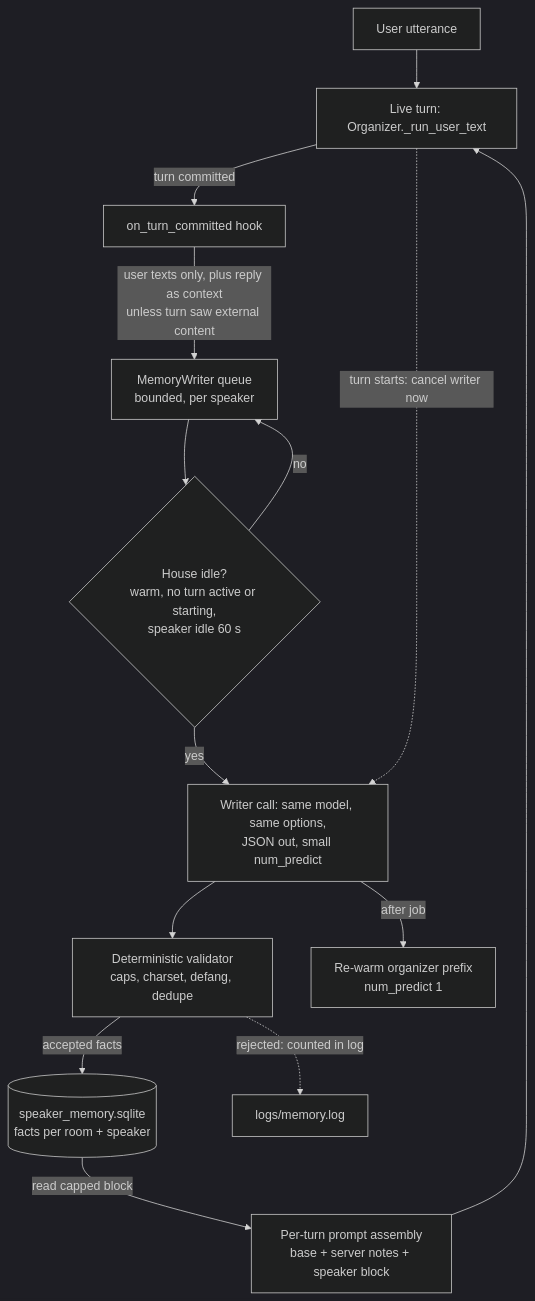
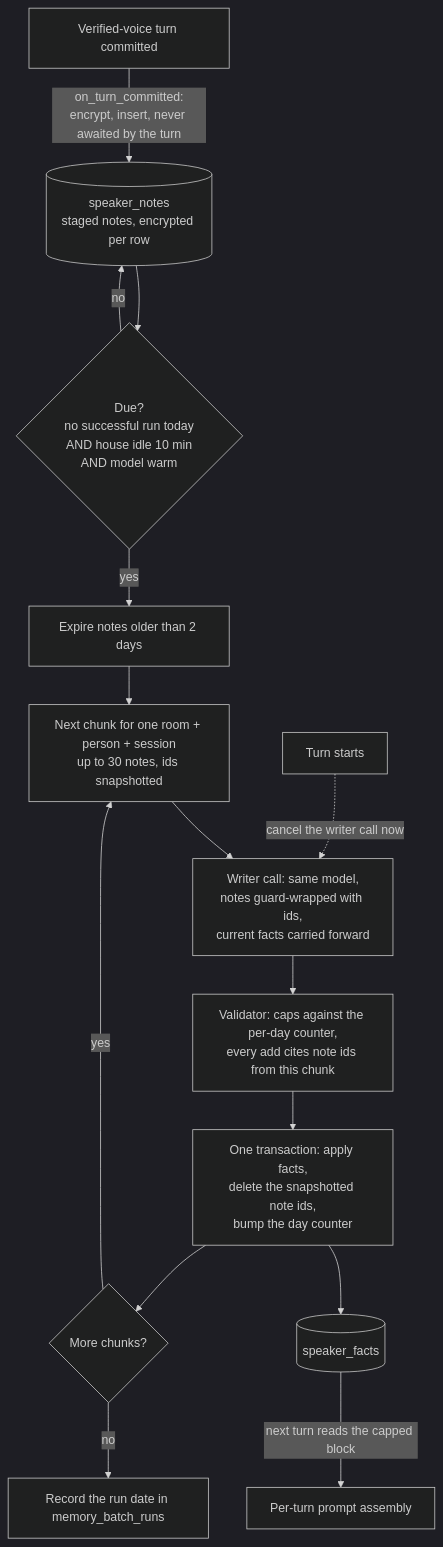
The diagram in DESIGN-speaker-memory.md (Qcko/Glados), drawn with Mermaid (dark theme) before and after one commit. The commit also changed other lines of this file, not shown here.

First line of the commit message:
docs(design): speaker memory moves to a nightly batch

````diff
--- a/DESIGN-speaker-memory.md
+++ b/DESIGN-speaker-memory.md
@@ -16,16 +27,17 @@
 ```mermaid
 flowchart TD
-    U[User utterance] --> T[Live turn: Organizer._run_user_text]
-    S[(speaker_memory.sqlite<br/>facts per room + speaker)] -->|read capped block| A[Per-turn prompt assembly<br/>base + server notes + speaker block]
-    A --> T
-    T -->|turn committed| H[on_turn_committed hook]
-    H -->|user texts only, plus reply as context<br/>unless turn saw external content| Q[MemoryWriter queue<br/>bounded, per speaker]
-    Q --> G{House idle?<br/>warm, no turn active or starting,<br/>speaker idle 60 s}
-    G -- no --> Q
-    G -- yes --> W[Writer call: same model, same options,<br/>JSON out, small num_predict]
-    T -.->|turn starts: cancel writer now| W
-    W --> V[Deterministic validator<br/>caps, charset, defang, dedupe]
-    V -->|accepted facts| S
-    V -.->|rejected: counted in log| L[logs/memory.log]
-    W -->|after job| R[Re-warm organizer prefix<br/>num_predict 1]
+    U[Verified-voice turn committed] -->|on_turn_committed:<br/>encrypt, insert, never awaited by the turn| N[(speaker_notes<br/>staged notes, encrypted per row)]
+    N --> D{Due?<br/>no successful run today<br/>AND house idle 10 min<br/>AND model warm}
+    D -- no --> N
+    D -- yes --> X[Expire notes older than 2 days]
+    X --> C[Next chunk for one room + person + session<br/>up to 30 notes, ids snapshotted]
+    C --> W[Writer call: same model,<br/>notes guard-wrapped with ids,<br/>current facts carried forward]
+    W --> V[Validator: caps against the per-day counter,<br/>every add cites note ids from this chunk]
+    V --> A[One transaction: apply facts,<br/>delete the snapshotted note ids,<br/>bump the day counter]
+    A --> S[(speaker_facts)]
+    A --> M{More chunks?}
+    M -- yes --> C
+    M -- no --> R[Record the run date in memory_batch_runs]
+    T[Turn starts] -.->|cancel the writer call now| W
+    S -->|next turn reads the capped block| I[Per-turn prompt assembly]
 ```
````
